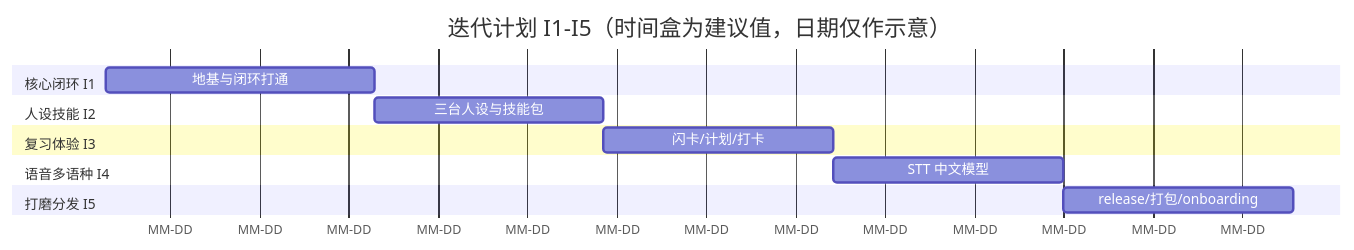
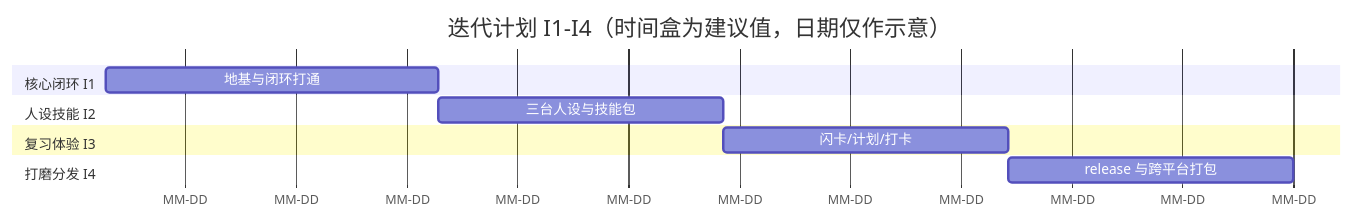
One commit to light-misty/Stealth-Study changed the third of 3 diagrams in docs/PRD-学伴AI.md. Above: the diagram before and after it, drawn with Mermaid. The commit also changed other lines of this file and 3 other files, not shown here.

````diff
--- a/docs/PRD-学伴AI.md
+++ b/docs/PRD-学伴AI.md
@@ -220,16 +218,14 @@
 ```mermaid
 gantt
-    title 迭代计划 I1-I5（时间盒为建议值，日期仅作示意）
+    title 迭代计划 I1-I4（时间盒为建议值，日期仅作示意）
     dateFormat YYYY-MM-DD
     axisFormat MM-DD
     section 核心闭环 I1
     地基与闭环打通 :i1, 2026-09-15, 21d
     section 人设技能 I2
     三台人设与技能包 :i2, after i1, 18d
     section 复习体验 I3
     闪卡/计划/打卡 :i3, after i2, 18d
-    section 语音多语种 I4
-    STT 中文模型 :i4, after i3, 18d
-    section 打磨分发 I5
-    release/打包/onboarding :i5, after i4, 18d
+    section 打磨分发 I4
+    release 与跨平台打包 :i4, after i3, 18d
 ```
````
